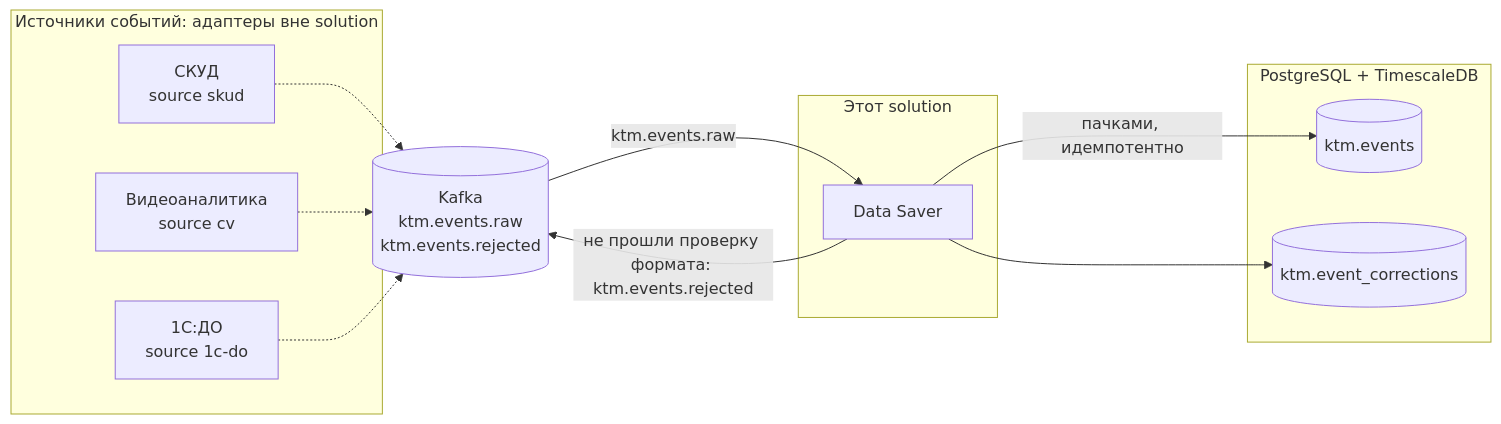
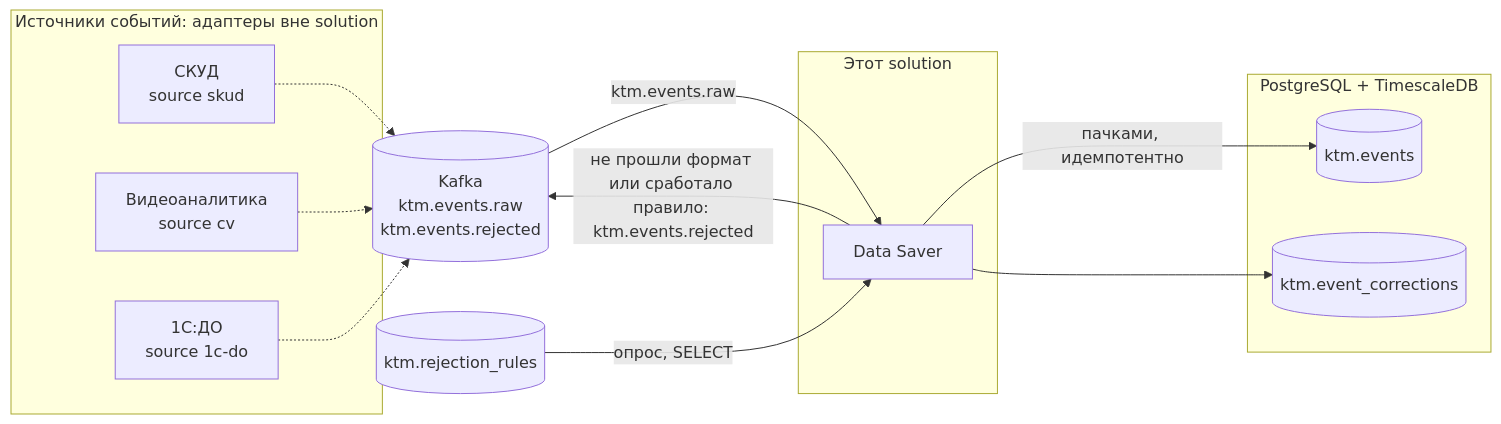
The first of 3 diagrams in src/README.md (mmg163/ktm_backend), drawn with Mermaid before and after one commit. The commit also changed other lines of this file and 4 other files, not shown here.

````diff
--- a/src/README.md
+++ b/src/README.md
@@ -31,27 +34,28 @@
 ```mermaid
 flowchart LR
     subgraph SRC[Источники событий: адаптеры вне solution]
         SKUD[СКУД<br/>source skud]
         CV[Видеоаналитика<br/>source cv]
         DO[1С:ДО<br/>source 1c-do]
     end
 
     K[(Kafka<br/>ktm.events.raw<br/>ktm.events.rejected)]
 
     subgraph THIS[Этот solution]
         DS[Data Saver]
     end
 
     subgraph DB[PostgreSQL + TimescaleDB]
         EV[(ktm.events)]
         COR[(ktm.event_corrections)]
     end
 
     SKUD -.-> K
     CV -.-> K
     DO -.-> K
     K -->|ktm.events.raw| DS
-    DS -->|не прошли проверку формата: ktm.events.rejected| K
+    DS -->|не прошли формат или сработало правило: ktm.events.rejected| K
     DS -->|пачками, идемпотентно| EV
     DS --> COR
+    RR[(ktm.rejection_rules)] -->|опрос, SELECT| DS
 ```
````
